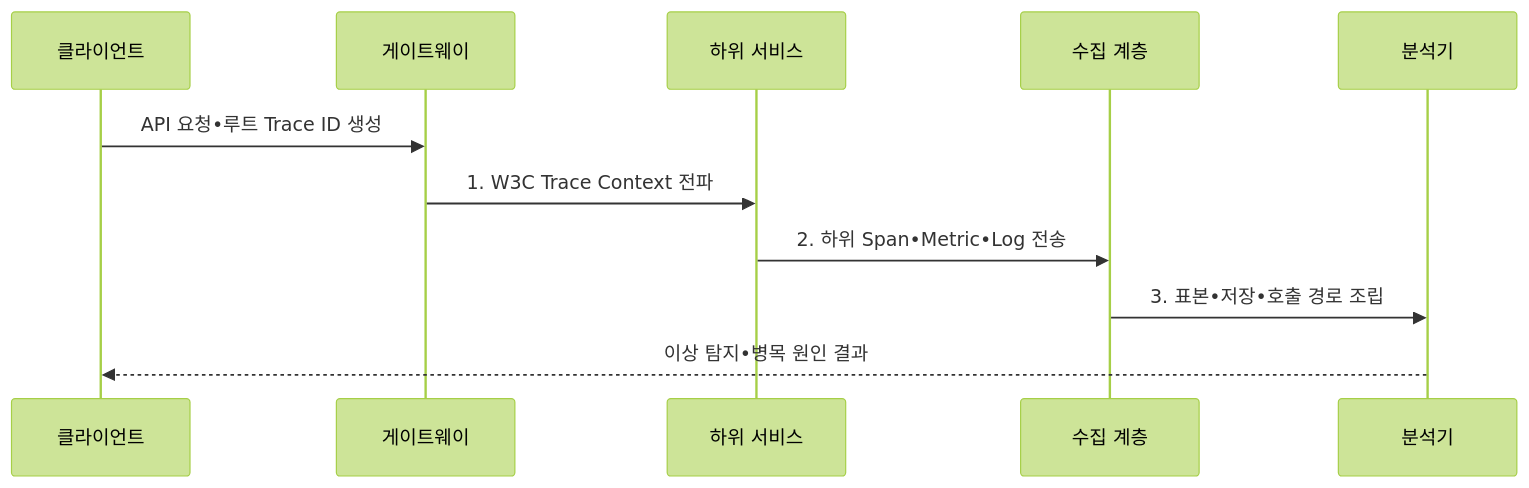
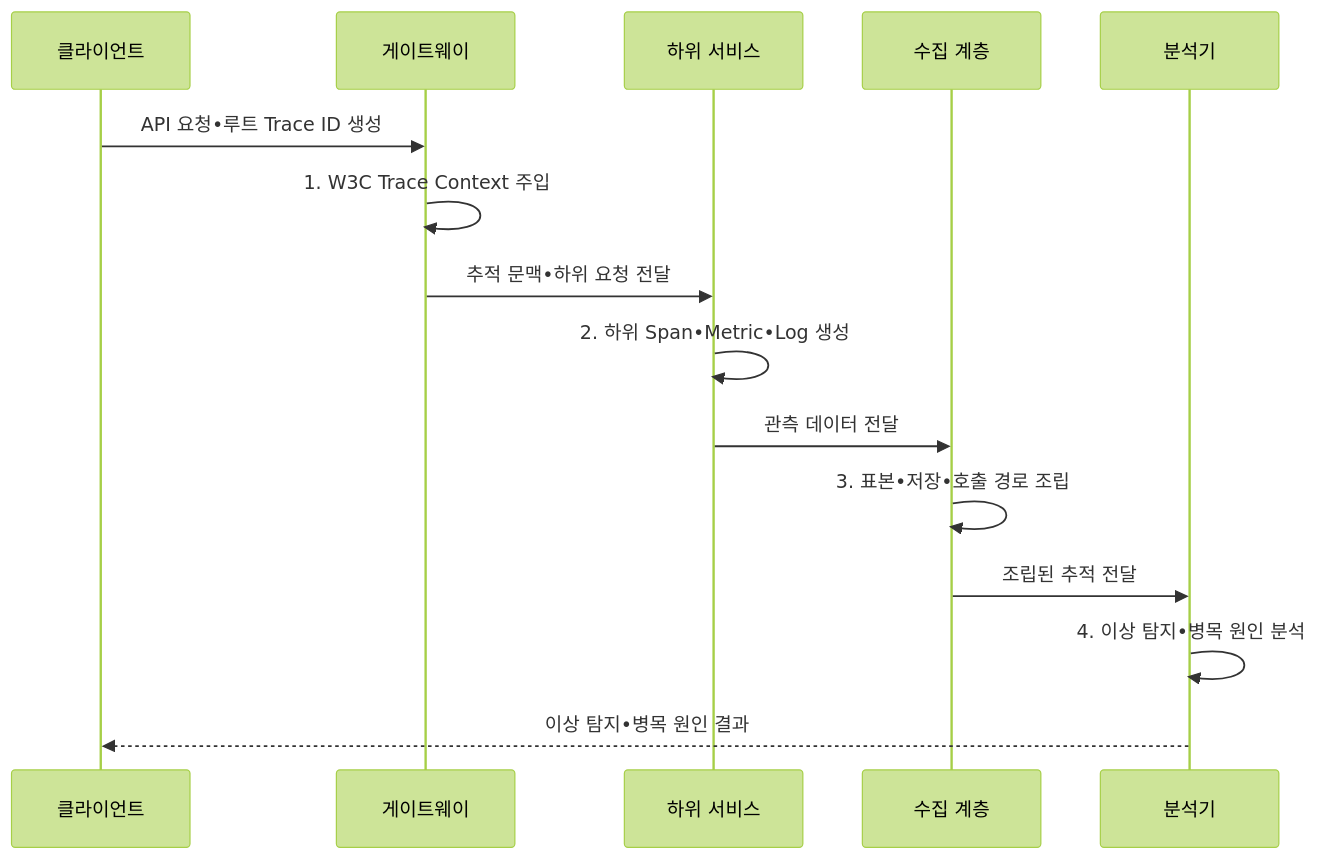
Before and after one commit to agnusdei1207/knowledge-base: the second of 2 diagrams in src/content/docs/notes/06-evaluation/008_apm_application_performance_management.md, drawn with Mermaid (forest theme). The commit also changed other lines of this file and 20 other files, not shown here.

````diff
--- a/src/content/docs/notes/06-evaluation/008_apm_application_performance_management.md
+++ b/src/content/docs/notes/06-evaluation/008_apm_application_performance_management.md
@@ -102,13 +102,17 @@
 ```mermaid
 sequenceDiagram
   participant C as 클라이언트
   participant G as 게이트웨이
   participant S as 하위 서비스
   participant O as 수집 계층
   participant A as 분석기
   C->>G: API 요청•루트 Trace ID 생성
-  G->>S: 1. W3C Trace Context 전파
-  S->>O: 2. 하위 Span•Metric•Log 전송
-  O->>A: 3. 표본•저장•호출 경로 조립
+  G->>G: 1. W3C Trace Context 주입
+  G->>S: 추적 문맥•하위 요청 전달
+  S->>S: 2. 하위 Span•Metric•Log 생성
+  S->>O: 관측 데이터 전달
+  O->>O: 3. 표본•저장•호출 경로 조립
+  O->>A: 조립된 추적 전달
+  A->>A: 4. 이상 탐지•병목 원인 분석
   A-->>C: 이상 탐지•병목 원인 결과
 ```
````
